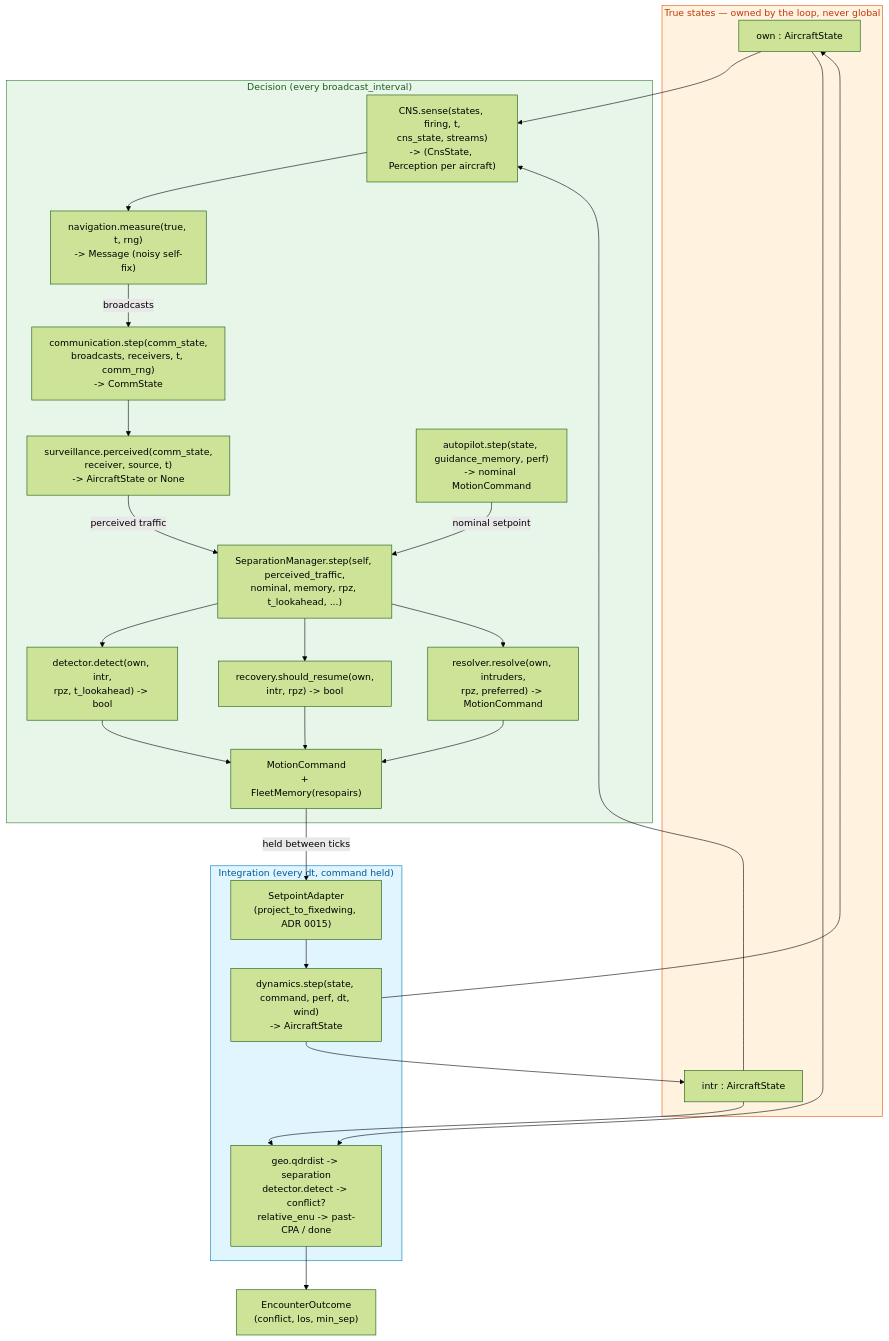
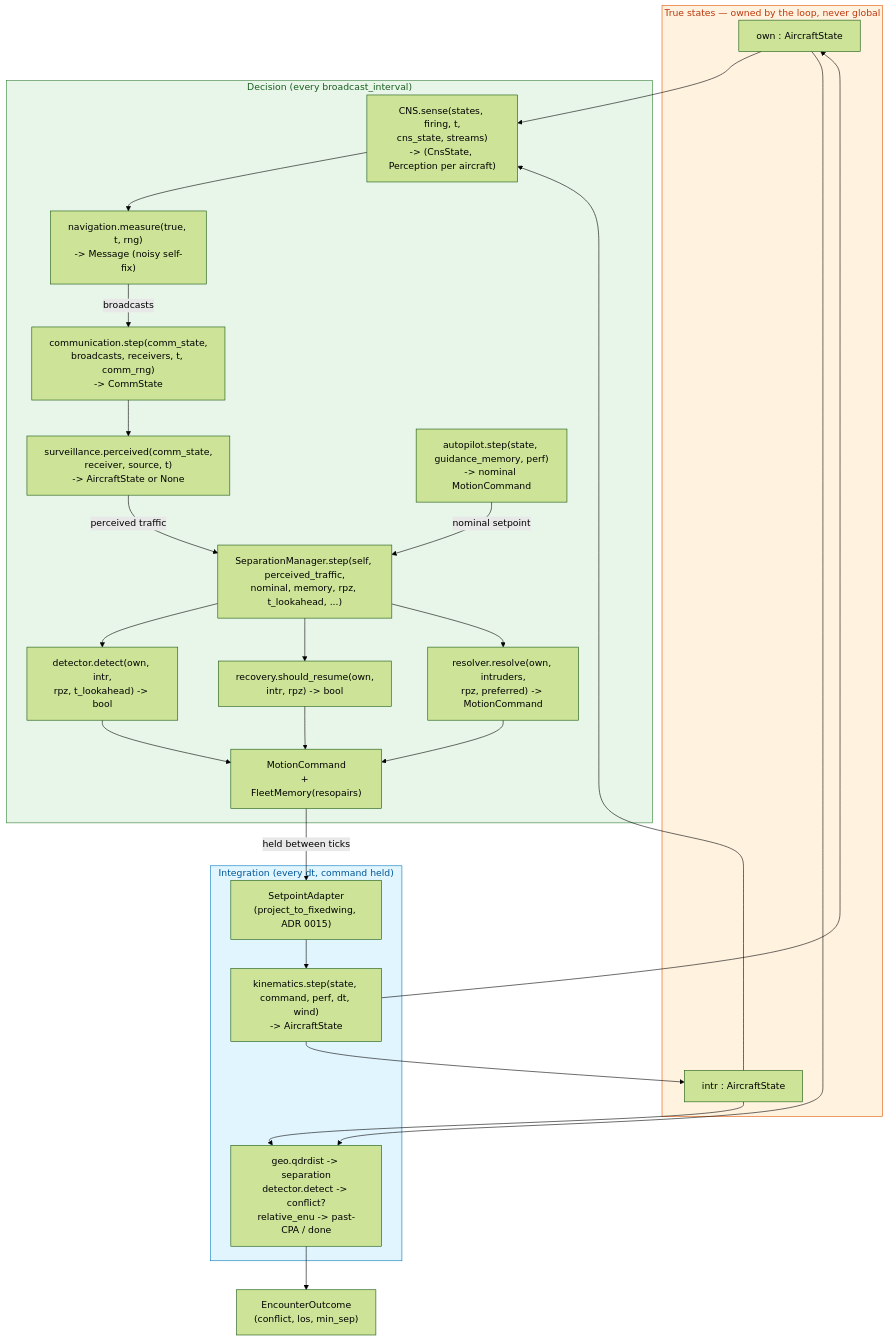
One commit to fazlurnu/OpenCDaRR changed the third of 5 diagrams in vault/architecture-dataflow.md. Above: the diagram before and after it, drawn with Mermaid (forest theme). The commit also changed other lines of this file and 3 other files, not shown here.

````diff
--- a/vault/architecture-dataflow.md
+++ b/vault/architecture-dataflow.md
@@ -159,50 +159,50 @@
 ```mermaid
 flowchart TB
     subgraph truth["True states — owned by the loop, never global"]
         OWN["own : AircraftState"]
         INTR["intr : AircraftState"]
     end
 
     subgraph bcast["Decision (every broadcast_interval)"]
         SENSE["CNS.sense(states, firing, t,<br/>cns_state, streams)<br/>-> (CnsState, Perception per aircraft)"]
         MEAS["navigation.measure(true, t, rng)<br/>-> Message (noisy self-fix)"]
         COMM["communication.step(comm_state,<br/>broadcasts, receivers, t, comm_rng)<br/>-> CommState"]
         SURV["surveillance.perceived(comm_state,<br/>receiver, source, t)<br/>-> AircraftState or None"]
         AP["autopilot.step(state, guidance_memory, perf)<br/>-> nominal MotionCommand"]
         SEP["SeparationManager.step(self, perceived_traffic,<br/>nominal, memory, rpz, t_lookahead, ...)"]
         DET["detector.detect(own, intr,<br/>rpz, t_lookahead) -> bool"]
         REC["recovery.should_resume(own,<br/>intr, rpz) -> bool"]
         RESO["resolver.resolve(own, intruders,<br/>rpz, preferred) -> MotionCommand"]
         CMD["MotionCommand<br/>+ FleetMemory(resopairs)"]
     end
 
     OWN --> SENSE
     INTR --> SENSE
     SENSE --> MEAS
     MEAS -->|broadcasts| COMM --> SURV
     SURV -->|perceived traffic| SEP
     AP -->|nominal setpoint| SEP
     SEP --> DET --> CMD
     SEP --> REC --> CMD
     SEP --> RESO --> CMD
 
     subgraph integ["Integration (every dt, command held)"]
         ADAPT["SetpointAdapter<br/>(project_to_fixedwing, ADR 0015)"]
-        DYN["dynamics.step(state, command, perf, dt, wind)<br/>-> AircraftState"]
+        DYN["kinematics.step(state, command, perf, dt, wind)<br/>-> AircraftState"]
         SCORE["geo.qdrdist -> separation<br/>detector.detect -> conflict?<br/>relative_enu -> past-CPA / done"]
     end
 
     CMD -->|held between ticks| ADAPT --> DYN
     DYN --> OWN
     DYN --> INTR
     OWN --> SCORE
     INTR --> SCORE
     SCORE --> OUTCOME["EncounterOutcome<br/>(conflict, los, min_sep)"]
 
     classDef truthc fill:#fff3e0,stroke:#e65100,color:#bf360c
     classDef decc fill:#e8f5e9,stroke:#2e7d32,color:#1b5e20
     classDef intc fill:#e1f5fe,stroke:#0277bd,color:#01579b
     class truth truthc
     class bcast decc
     class integ intc
 ```
````
